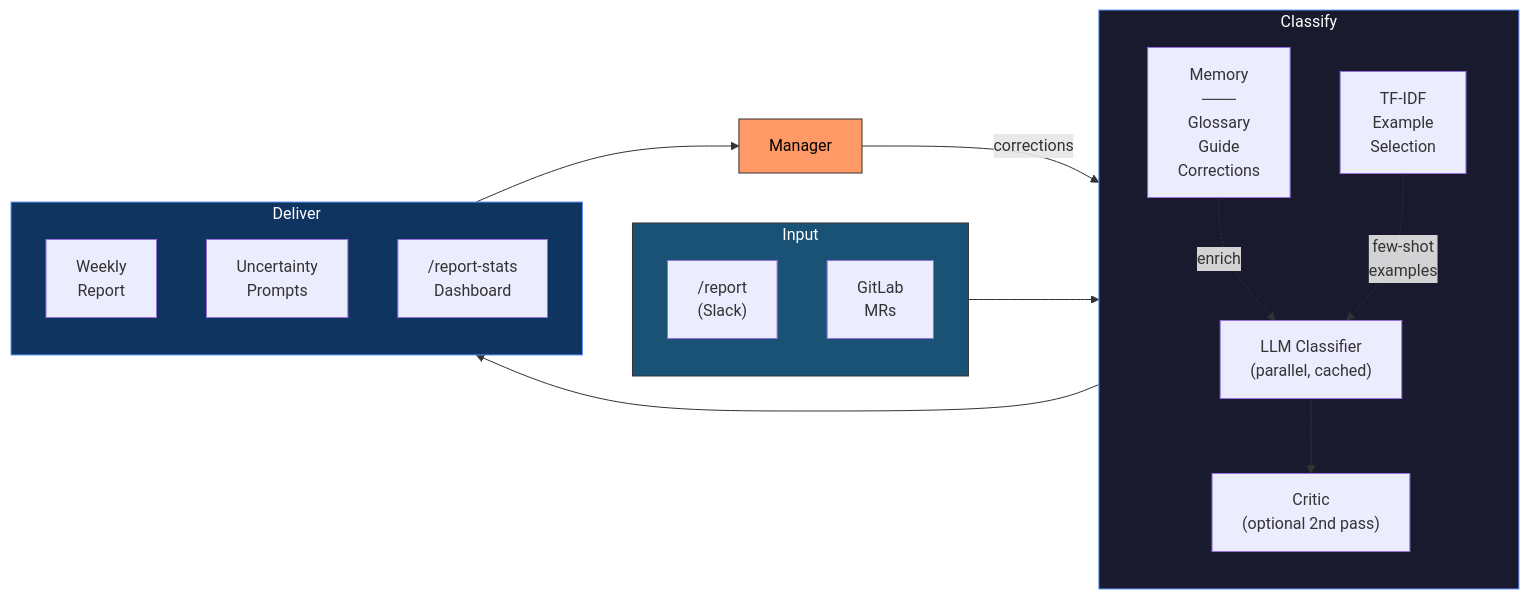
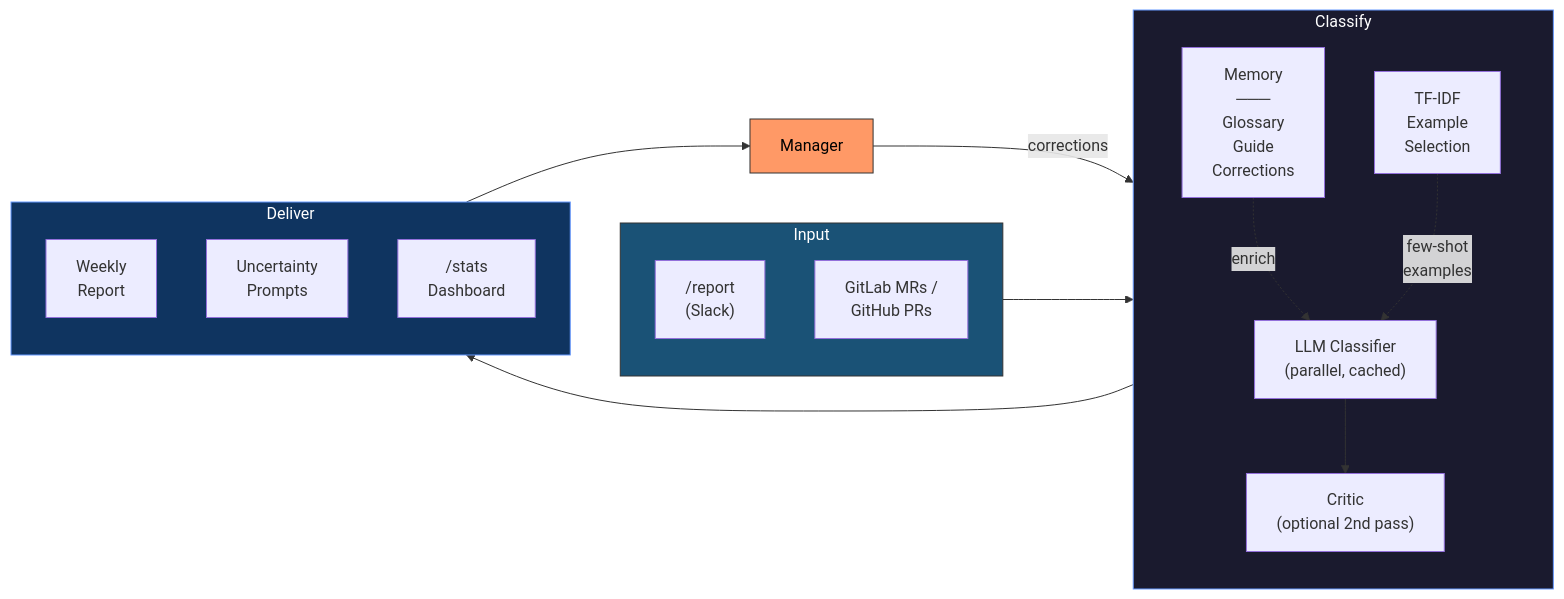
One commit to WZ/reportbot changed the diagram in README.md. Above: the diagram before and after it, drawn with Mermaid. The commit also changed other lines of this file and 11 other files, not shown here.

First line of the commit message:
Add scheduled auto-fetch, extract fetch logic, rename /fetch-mrs and /report-stats

````diff
--- a/README.md
+++ b/README.md
@@ -44,39 +44,39 @@
 ```mermaid
 flowchart LR
     subgraph Input["Input"]
         direction TB
         DEV["/report<br>(Slack)"]
-        GL["GitLab<br>MRs"]
+        GL["GitLab MRs /<br>GitHub PRs"]
     end
 
     subgraph Classify["Classify"]
         direction TB
         MEM["Memory<br>───<br>Glossary<br>Guide<br>Corrections"]
         TFIDF["TF-IDF<br>Example<br>Selection"]
         LLM["LLM Classifier<br>(parallel, cached)"]
         CRITIC["Critic<br>(optional 2nd pass)"]
         MEM -.->|enrich| LLM
         TFIDF -.->|"few-shot<br>examples"| LLM
         LLM --> CRITIC
     end
 
     subgraph Deliver["Deliver"]
         direction TB
         RPT["Weekly<br>Report"]
         UNC["Uncertainty<br>Prompts"]
-        STATS["/report-stats<br>Dashboard"]
+        STATS["/stats<br>Dashboard"]
     end
 
     MGR["Manager"]
 
     Input --> LLM
     CRITIC --> Deliver
     Deliver --> MGR
 
     MGR -->|"corrections"| MEM
 
     style Input fill:#1a5276,stroke:#333,color:#fff
     style Classify fill:#1a1a2e,stroke:#69f,color:#fff
     style Deliver fill:#0f3460,stroke:#69f,color:#fff
     style MGR fill:#f96,stroke:#333,color:#000
 ```
````
